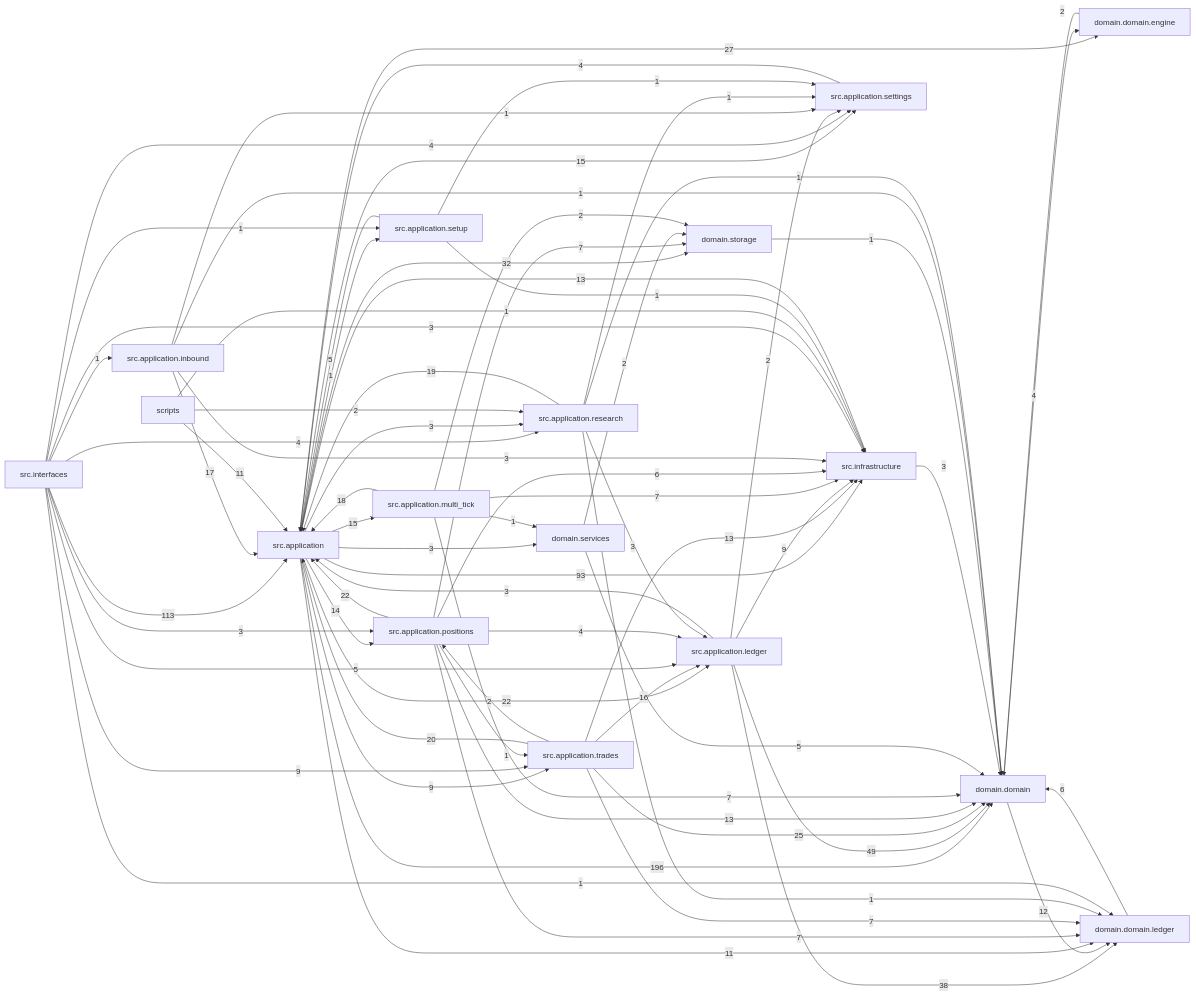
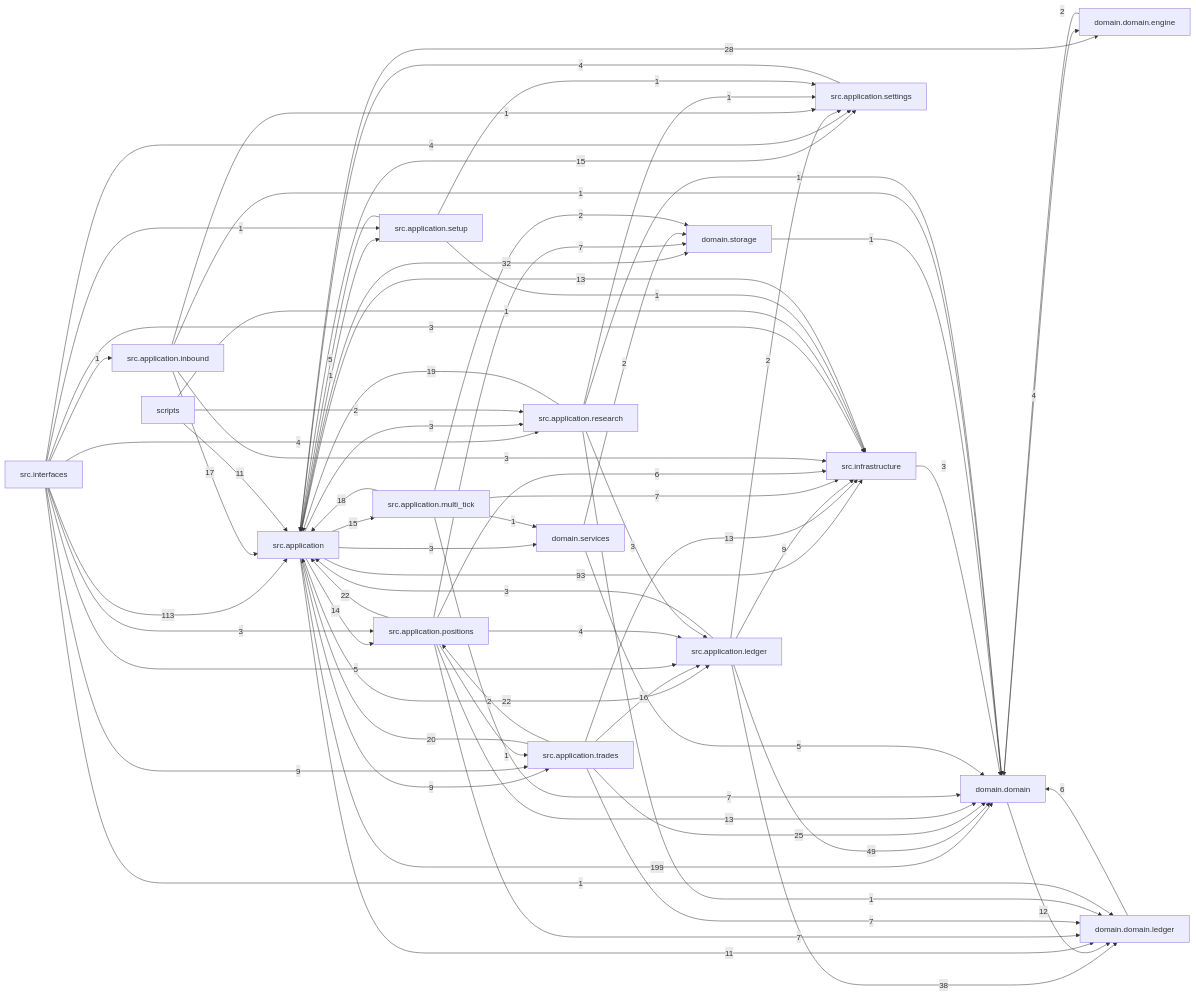
One commit to liuxie066/options-monitor changed the diagram in docs/dependency_graph.mmd. Above: the diagram before and after it, drawn with Mermaid. The commit also changed 12 other files, not shown here.

```diff
--- a/docs/dependency_graph.mmd
+++ b/docs/dependency_graph.mmd
@@ -1,72 +1,72 @@
 flowchart LR
-  src_application["src.application"] -->|196| domain_domain["domain.domain"]
+  src_application["src.application"] -->|199| domain_domain["domain.domain"]
   src_interfaces["src.interfaces"] -->|113| src_application["src.application"]
   src_application["src.application"] -->|93| src_infrastructure["src.infrastructure"]
   src_application_ledger["src.application.ledger"] -->|49| domain_domain["domain.domain"]
   src_application_ledger["src.application.ledger"] -->|38| domain_domain_ledger["domain.domain.ledger"]
   src_application["src.application"] -->|32| domain_storage["domain.storage"]
-  src_application["src.application"] -->|27| domain_domain_engine["domain.domain.engine"]
+  src_application["src.application"] -->|28| domain_domain_engine["domain.domain.engine"]
   src_application_trades["src.application.trades"] -->|25| domain_domain["domain.domain"]
   src_application["src.application"] -->|22| src_application_ledger["src.application.ledger"]
   src_application_positions["src.application.positions"] -->|22| src_application["src.application"]
   src_application_trades["src.application.trades"] -->|20| src_application["src.application"]
   src_application_research["src.application.research"] -->|19| src_application["src.application"]
   src_application_multi_tick["src.application.multi_tick"] -->|18| src_application["src.application"]
   src_application_inbound["src.application.inbound"] -->|17| src_application["src.application"]
   src_application_trades["src.application.trades"] -->|16| src_application_ledger["src.application.ledger"]
   src_application["src.application"] -->|15| src_application_multi_tick["src.application.multi_tick"]
   src_application["src.application"] -->|15| src_application_settings["src.application.settings"]
   src_application["src.application"] -->|14| src_application_positions["src.application.positions"]
   src_application_positions["src.application.positions"] -->|13| domain_domain["domain.domain"]
   src_application_trades["src.application.trades"] -->|13| src_infrastructure["src.infrastructure"]
   src_infrastructure["src.infrastructure"] -->|13| src_application["src.application"]
   domain_domain["domain.domain"] -->|12| domain_domain_ledger["domain.domain.ledger"]
   scripts["scripts"] -->|11| src_application["src.application"]
   src_application["src.application"] -->|11| domain_domain_ledger["domain.domain.ledger"]
   src_application["src.application"] -->|9| src_application_trades["src.application.trades"]
   src_application_ledger["src.application.ledger"] -->|9| src_infrastructure["src.infrastructure"]
   src_interfaces["src.interfaces"] -->|9| src_application_trades["src.application.trades"]
   src_application_multi_tick["src.application.multi_tick"] -->|7| domain_domain["domain.domain"]
   src_application_multi_tick["src.application.multi_tick"] -->|7| src_infrastructure["src.infrastructure"]
   src_application_positions["src.application.positions"] -->|7| domain_domain_ledger["domain.domain.ledger"]
   src_application_positions["src.application.positions"] -->|7| domain_storage["domain.storage"]
   src_application_trades["src.application.trades"] -->|7| domain_domain_ledger["domain.domain.ledger"]
   domain_domain_ledger["domain.domain.ledger"] -->|6| domain_domain["domain.domain"]
   src_application_positions["src.application.positions"] -->|6| src_infrastructure["src.infrastructure"]
   domain_services["domain.services"] -->|5| domain_domain["domain.domain"]
   src_application_setup["src.application.setup"] -->|5| src_application["src.application"]
   src_interfaces["src.interfaces"] -->|5| src_application_ledger["src.application.ledger"]
   domain_domain["domain.domain"] -->|4| domain_domain_engine["domain.domain.engine"]
   src_application_positions["src.application.positions"] -->|4| src_application_ledger["src.application.ledger"]
   src_application_settings["src.application.settings"] -->|4| src_application["src.application"]
   src_interfaces["src.interfaces"] -->|4| src_application_research["src.application.research"]
   src_interfaces["src.interfaces"] -->|4| src_application_settings["src.application.settings"]
   src_application["src.application"] -->|3| domain_services["domain.services"]
   src_application["src.application"] -->|3| src_application_research["src.application.research"]
   src_application_inbound["src.application.inbound"] -->|3| src_infrastructure["src.infrastructure"]
   src_application_ledger["src.application.ledger"] -->|3| src_application["src.application"]
   src_application_research["src.application.research"] -->|3| src_application_ledger["src.application.ledger"]
   src_infrastructure["src.infrastructure"] -->|3| domain_domain["domain.domain"]
   src_interfaces["src.interfaces"] -->|3| src_application_positions["src.application.positions"]
   src_interfaces["src.interfaces"] -->|3| src_infrastructure["src.infrastructure"]
   domain_domain_engine["domain.domain.engine"] -->|2| domain_domain["domain.domain"]
   domain_services["domain.services"] -->|2| domain_storage["domain.storage"]
   scripts["scripts"] -->|2| src_application_research["src.application.research"]
   src_application_ledger["src.application.ledger"] -->|2| src_application_settings["src.application.settings"]
   src_application_multi_tick["src.application.multi_tick"] -->|2| domain_storage["domain.storage"]
   src_application_trades["src.application.trades"] -->|2| src_application_positions["src.application.positions"]
   domain_storage["domain.storage"] -->|1| domain_domain["domain.domain"]
   scripts["scripts"] -->|1| src_infrastructure["src.infrastructure"]
   src_application["src.application"] -->|1| src_application_setup["src.application.setup"]
   src_application_inbound["src.application.inbound"] -->|1| domain_domain["domain.domain"]
   src_application_inbound["src.application.inbound"] -->|1| src_application_settings["src.application.settings"]
   src_application_multi_tick["src.application.multi_tick"] -->|1| domain_services["domain.services"]
   src_application_positions["src.application.positions"] -->|1| src_application_trades["src.application.trades"]
   src_application_research["src.application.research"] -->|1| domain_domain["domain.domain"]
   src_application_research["src.application.research"] -->|1| domain_domain_ledger["domain.domain.ledger"]
   src_application_research["src.application.research"] -->|1| src_application_settings["src.application.settings"]
   src_application_setup["src.application.setup"] -->|1| src_application_settings["src.application.settings"]
   src_application_setup["src.application.setup"] -->|1| src_infrastructure["src.infrastructure"]
   src_interfaces["src.interfaces"] -->|1| domain_domain_ledger["domain.domain.ledger"]
   src_interfaces["src.interfaces"] -->|1| src_application_inbound["src.application.inbound"]
   src_interfaces["src.interfaces"] -->|1| src_application_setup["src.application.setup"]
```
